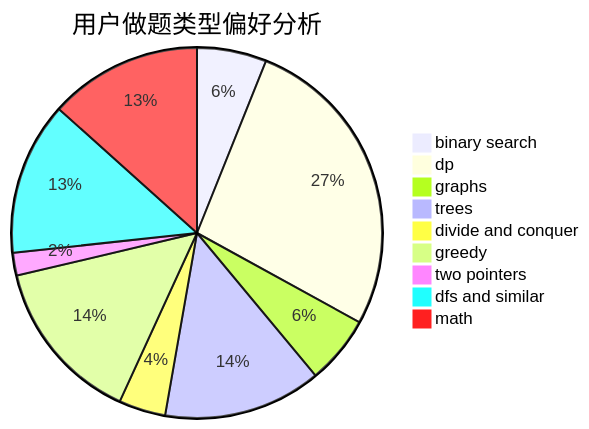
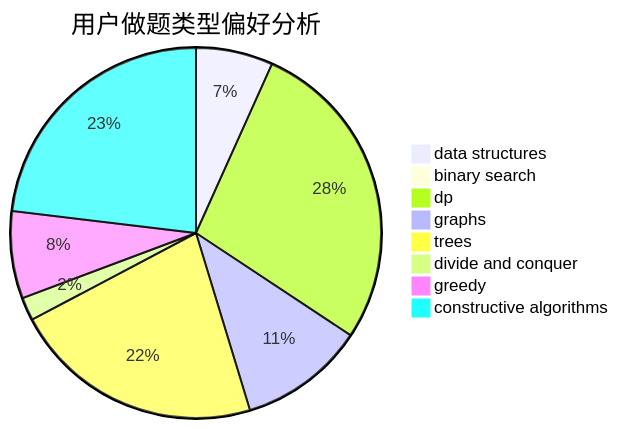
Before and after one commit to sherpahu/cfrs.github.io: the second of 3 diagrams in docs/user/u1312.md, drawn with Mermaid. The commit also changed other lines of this file and 2775 other files, not shown here.

````diff
--- a/docs/user/u1312.md
+++ b/docs/user/u1312.md
@@ -23,12 +23,11 @@
 ```mermaid
 pie title 用户做题类型偏好分析
-    "binary search" :  55
-    "dp" :  244
-    "graphs" :  54
-    "trees" :  125
-    "divide and conquer" :  37
-    "greedy" :  131
-    "two pointers" :  18
-    "dfs and similar" :  121
-    "math" :  121
+    "data structures" :  30
+    "binary search" :  0
+    "dp" :  123
+    "graphs" :  49
+    "trees" :  98
+    "divide and conquer" :  9
+    "greedy" :  34
+    "constructive algorithms" :  103
 ```
````
